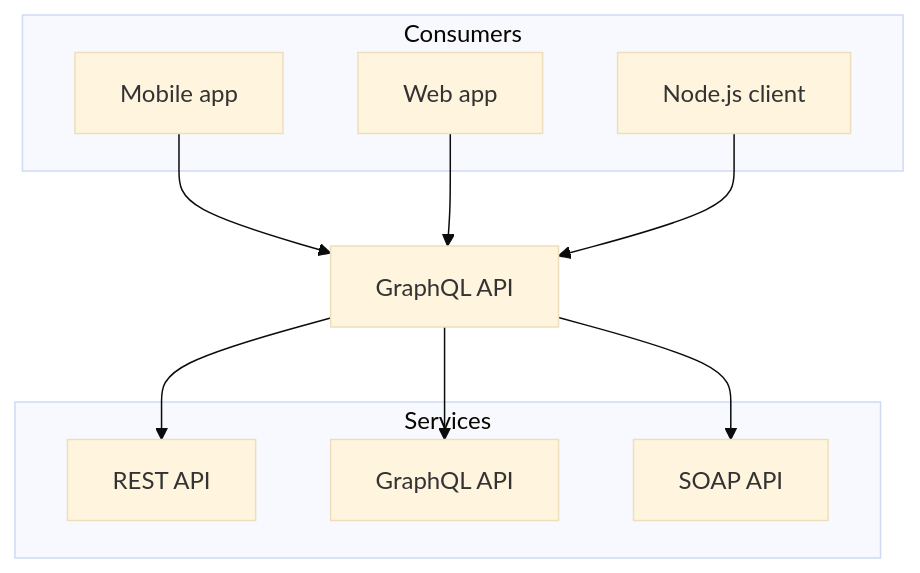
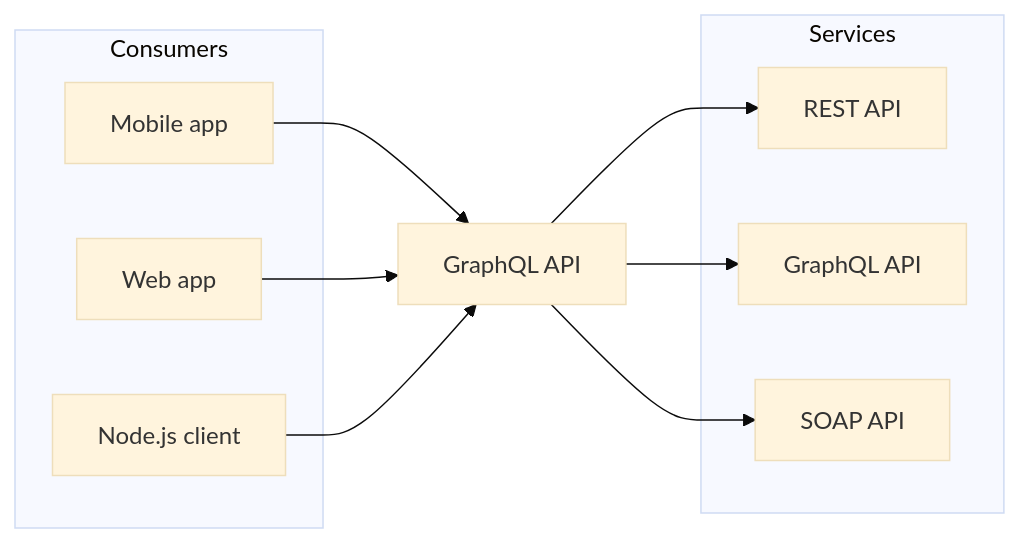
Before and after one commit to hedzr/cmdr-docs-dev: the second of 8 diagrams in content/docs/internal-tests/tests/mermaid.mdx, drawn with Mermaid (base theme). The commit also changed other lines of this file, not shown here.

````diff
--- a/content/docs/internal-tests/tests/mermaid.mdx
+++ b/content/docs/internal-tests/tests/mermaid.mdx
@@ -35,20 +35,20 @@
 ```mermaid
-graph TD;
+graph LR;
 subgraph AA [Consumers]
 A[Mobile app];
 B[Web app];
 C[Node.js client];
 end
 subgraph BB [Services]
 E[REST API];
 F[GraphQL API];
 G[SOAP API];
 end
 Z[GraphQL API];
 A --> Z;
 B --> Z;
 C --> Z;
 Z --> E;
 Z --> F;
 Z --> G;
 ```
````
